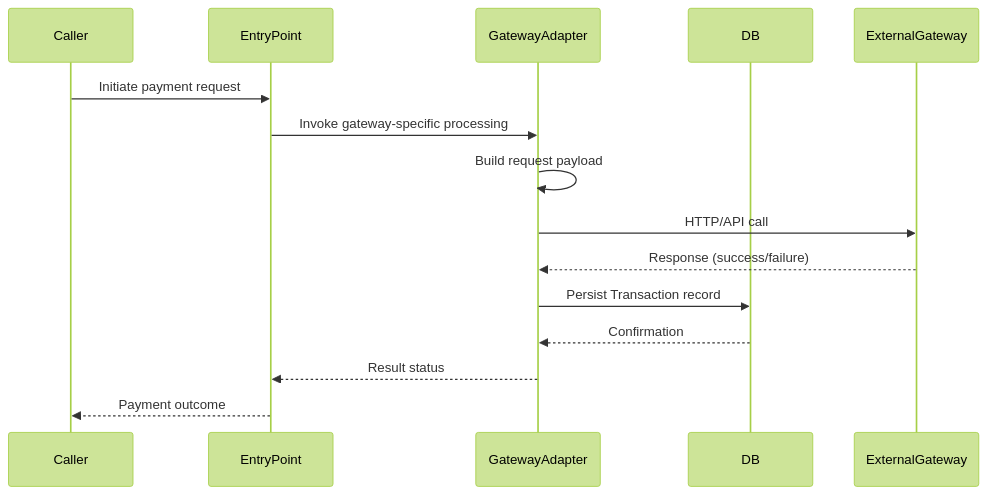
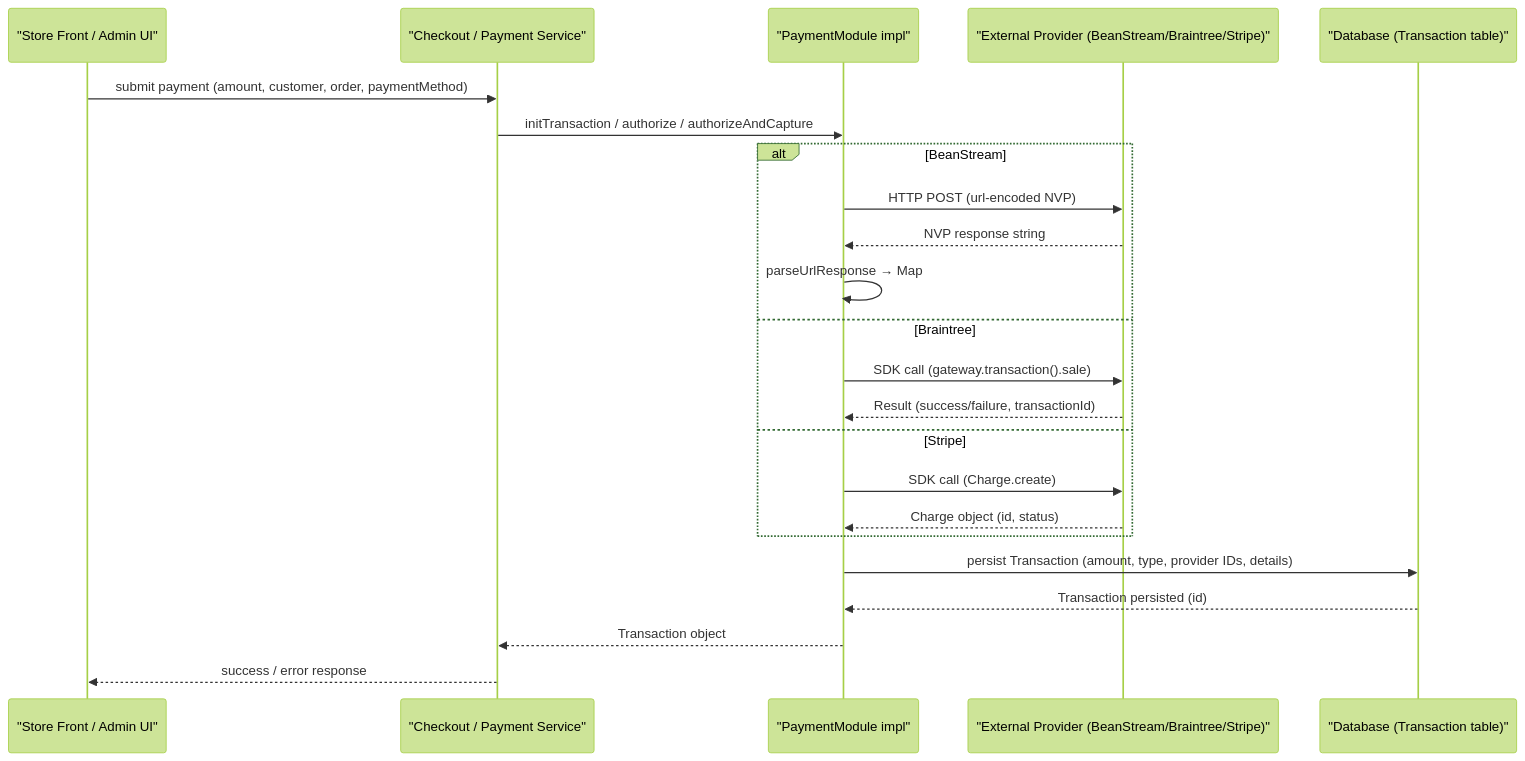
One commit to vaibhavantil2/shopizer changed the diagram in privado-memory-new/features/payment-processing.md. Above: the diagram before and after it, drawn with Mermaid (forest theme). The commit also changed other lines of this file and 23 other files, not shown here.

Commit message:
chore: add privado-memory-new as-is knowledge base (ERD + 19 feature docs)

````diff
--- a/privado-memory-new/features/payment-processing.md
+++ b/privado-memory-new/features/payment-processing.md
@@ -29,16 +66,26 @@
 ```mermaid
 sequenceDiagram
-    participant Caller
-    participant EntryPoint
-    participant GatewayAdapter
-    participant DB
-    Caller->>EntryPoint: Initiate payment request
-    EntryPoint->>GatewayAdapter: Invoke gateway-specific processing
-    GatewayAdapter->>GatewayAdapter: Build request payload
-    GatewayAdapter->>ExternalGateway: HTTP/API call
-    ExternalGateway-->>GatewayAdapter: Response (success/failure)
-    GatewayAdapter->>DB: Persist Transaction record
-    DB-->>GatewayAdapter: Confirmation
-    GatewayAdapter-->>EntryPoint: Result status
-    EntryPoint-->>Caller: Payment outcome
+    participant UI as "Store Front / Admin UI"
+    participant Service as "Checkout / Payment Service"
+    participant Module as "PaymentModule impl"
+    participant Provider as "External Provider (BeanStream/Braintree/Stripe)"
+    participant DB as "Database (Transaction table)"
+
+    UI->>Service: submit payment (amount, customer, order, paymentMethod)
+    Service->>Module: initTransaction / authorize / authorizeAndCapture
+    alt BeanStream
+        Module->>Provider: HTTP POST (url‑encoded NVP)
+        Provider-->>Module: NVP response string
+        Module->>Module: parseUrlResponse → Map
+    else Braintree
+        Module->>Provider: SDK call (gateway.transaction().sale)
+        Provider-->>Module: Result (success/failure, transactionId)
+    else Stripe
+        Module->>Provider: SDK call (Charge.create)
+        Provider-->>Module: Charge object (id, status)
+    end
+    Module->>DB: persist Transaction (amount, type, provider IDs, details)
+    DB-->>Module: Transaction persisted (id)
+    Module-->>Service: Transaction object
+    Service-->>UI: success / error response
 ```
````
